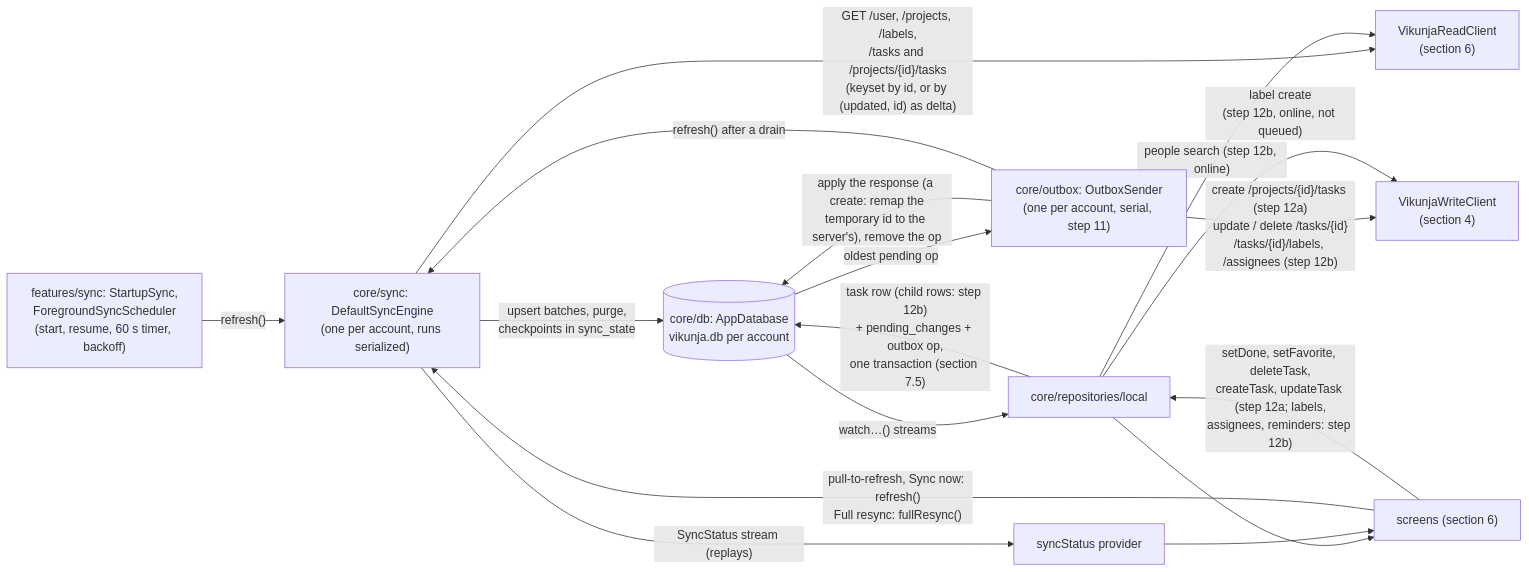
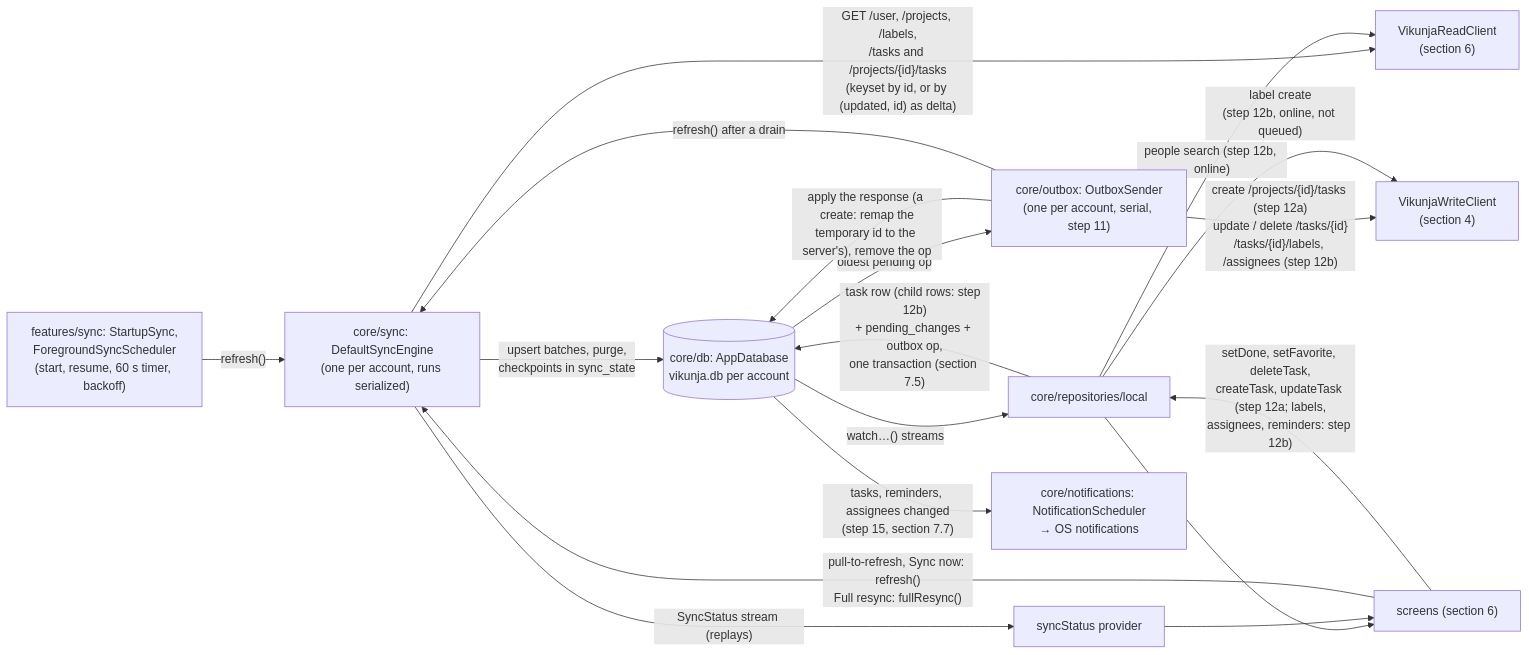
One commit to coderoftime/vikunja-app-ci-test changed the sixth of 10 diagrams in docs/architecture.md. Above: the diagram before and after it, drawn with Mermaid. The commit also changed other lines of this file and 94 other files, not shown here.

````diff
--- a/docs/architecture.md
+++ b/docs/architecture.md
@@ -466,19 +475,20 @@
 ```mermaid
 flowchart LR
   ENGINE["core/sync: DefaultSyncEngine<br/>(one per account, runs serialized)"] -- "GET /user, /projects, /labels,<br/>/tasks and /projects/{id}/tasks<br/>(keyset by id, or by (updated, id) as delta)" --> PORTS["VikunjaReadClient<br/>(section 6)"]
   ENGINE -- "upsert batches, purge,<br/>checkpoints in sync_state" --> DB[("core/db: AppDatabase<br/>vikunja.db per account")]
   ENGINE -- "SyncStatus stream (replays)" --> STATUS["syncStatus provider"]
   DB -- "watch…() streams" --> LOCAL["core/repositories/local"]
   LOCAL --> UI["screens (section 6)"]
   STATUS --> UI
   UI -- "pull-to-refresh, Sync now: refresh()<br/>Full resync: fullResync()" --> ENGINE
   SCHED["features/sync: StartupSync,<br/>ForegroundSyncScheduler<br/>(start, resume, 60 s timer, backoff)"] -- "refresh()" --> ENGINE
   UI -- "setDone, setFavorite, deleteTask,<br/>createTask, updateTask (step 12a; labels,<br/>assignees, reminders: step 12b)" --> LOCAL
   LOCAL -- "task row (child rows: step 12b)<br/>+ pending_changes + outbox op,<br/>one transaction (section 7.5)" --> DB
   DB -- "oldest pending op" --> SENDER["core/outbox: OutboxSender<br/>(one per account, serial, step 11)"]
   SENDER -- "create /projects/{id}/tasks (step 12a)<br/>update / delete /tasks/{id}<br/>/tasks/{id}/labels, /assignees (step 12b)" --> WPORTS["VikunjaWriteClient<br/>(section 4)"]
   LOCAL -- "label create<br/>(step 12b, online, not queued)" --> WPORTS
   LOCAL -- "people search (step 12b, online)" --> PORTS
   SENDER -- "apply the response (a create: remap the<br/>temporary id to the server's), remove the op" --> DB
   SENDER -- "refresh() after a drain" --> ENGINE
+  DB -- "tasks, reminders, assignees changed<br/>(step 15, section 7.7)" --> NOTIF["core/notifications: NotificationScheduler<br/>→ OS notifications"]
 ```
````
